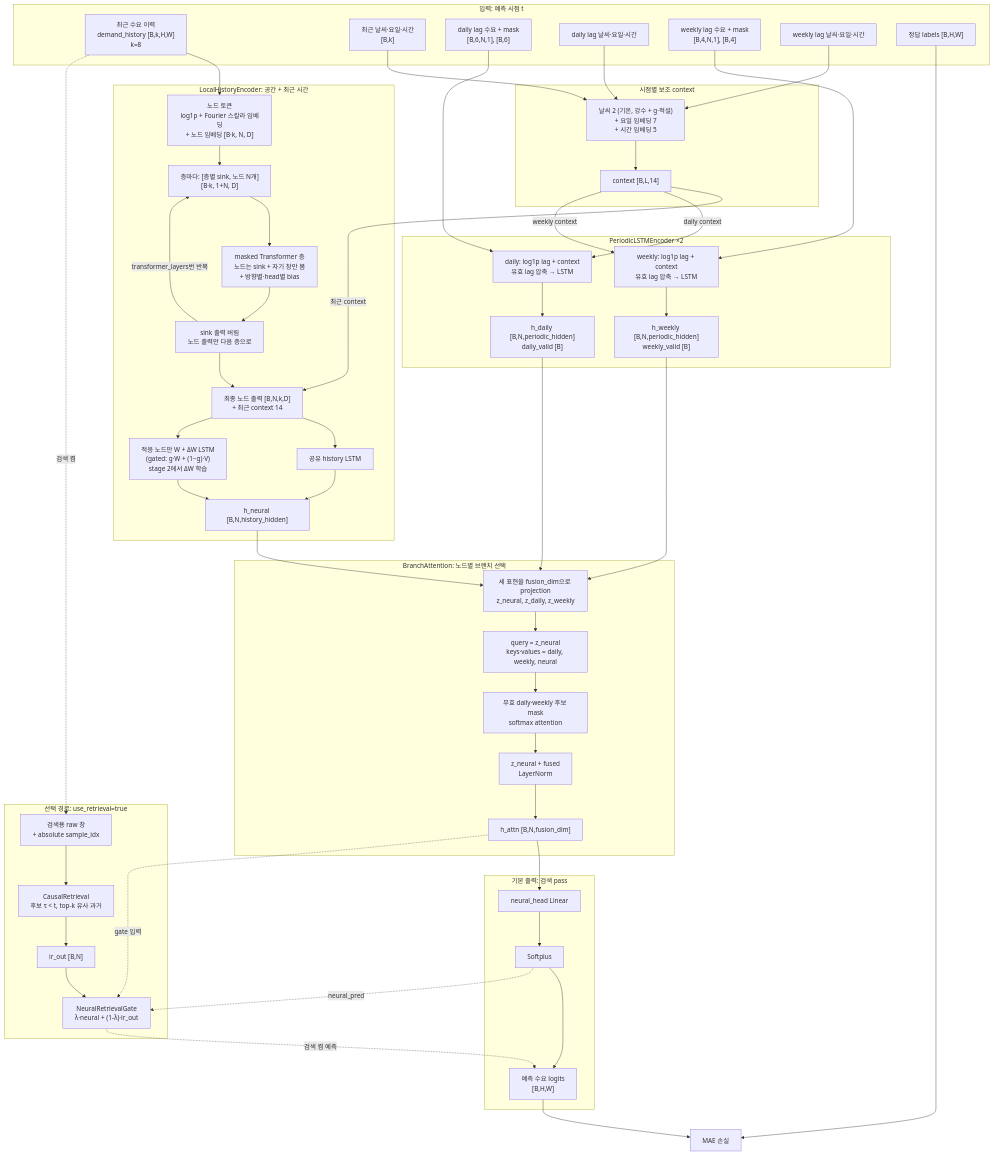
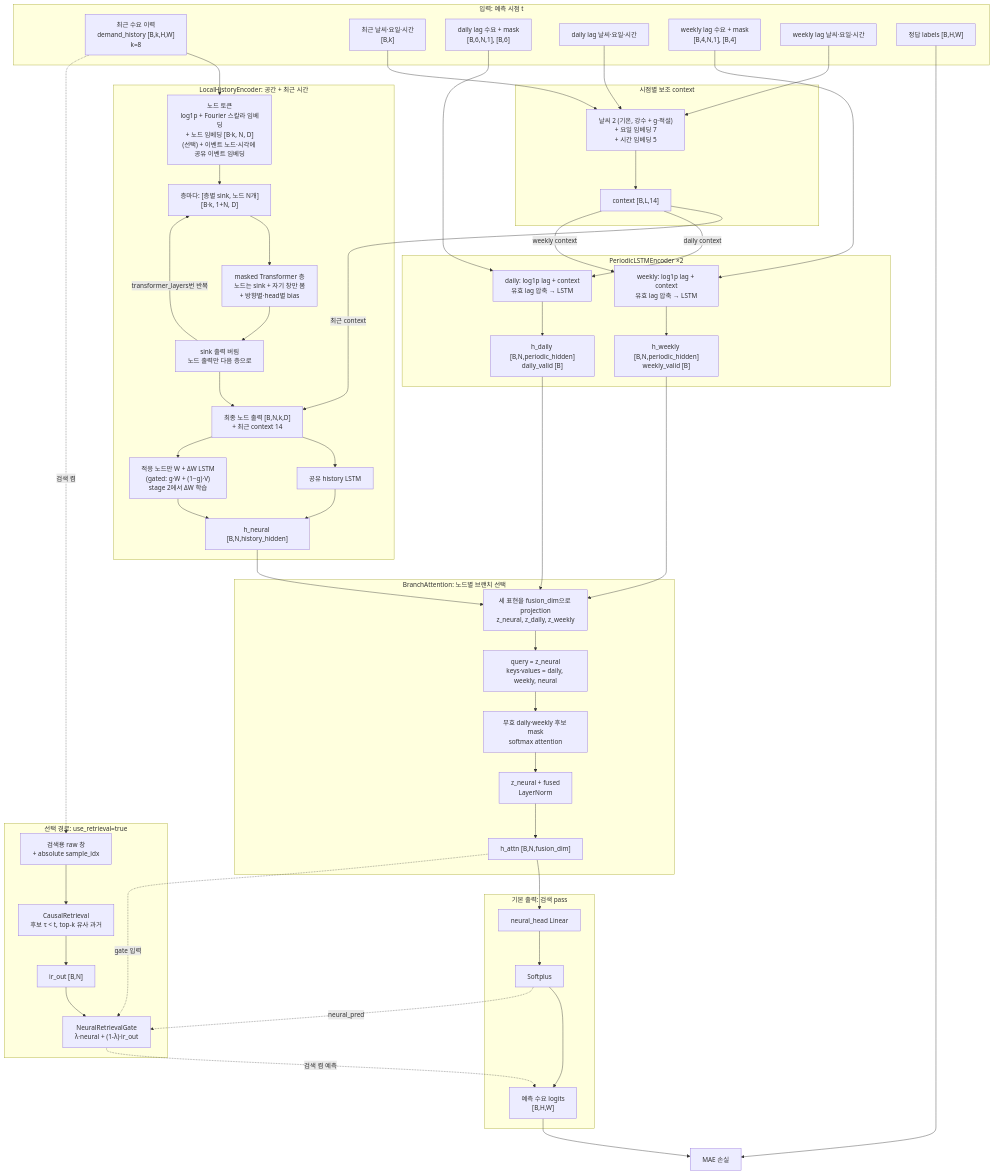
One commit to dev-jake-kim/demandprediction changed the diagram in docs/SPEC.md. Above: the diagram before and after it, drawn with Mermaid. The commit also changed other lines of this file and 9 other files, not shown here.

```diff
--- a/docs/SPEC.md
+++ b/docs/SPEC.md
@@ -50,7 +50,7 @@
     WC --> C1
 
     subgraph LH["LocalHistoryEncoder: 공간 + 최근 시간"]
-        L1["노드 토큰<br/>log1p + Fourier 스칼라 임베딩<br/>+ 노드 임베딩 [B·k, N, D]"]
+        L1["노드 토큰<br/>log1p + Fourier 스칼라 임베딩<br/>+ 노드 임베딩 [B·k, N, D]<br/>(선택) + 이벤트 노드·시각에 공유 이벤트 임베딩"]
         L2["층마다: [층별 sink, 노드 N개]<br/>[B·k, 1+N, D]"]
         L3["masked Transformer 층<br/>노드는 sink + 자기 창만 봄<br/>+ 방향별·head별 bias"]
         L4["sink 출력 버림<br/>노드 출력만 다음 층으로"]
```
